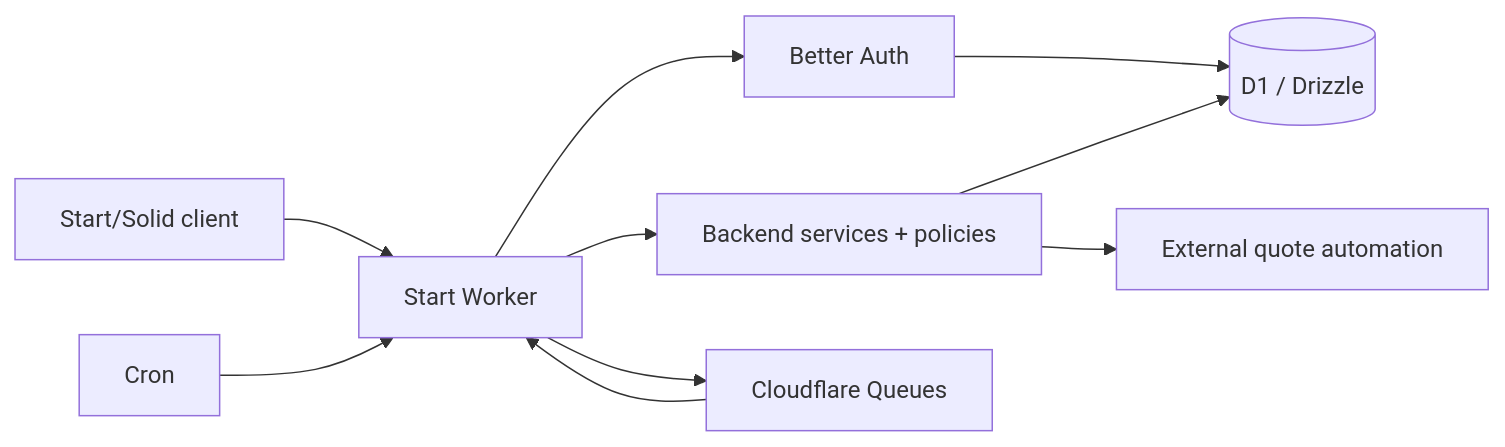
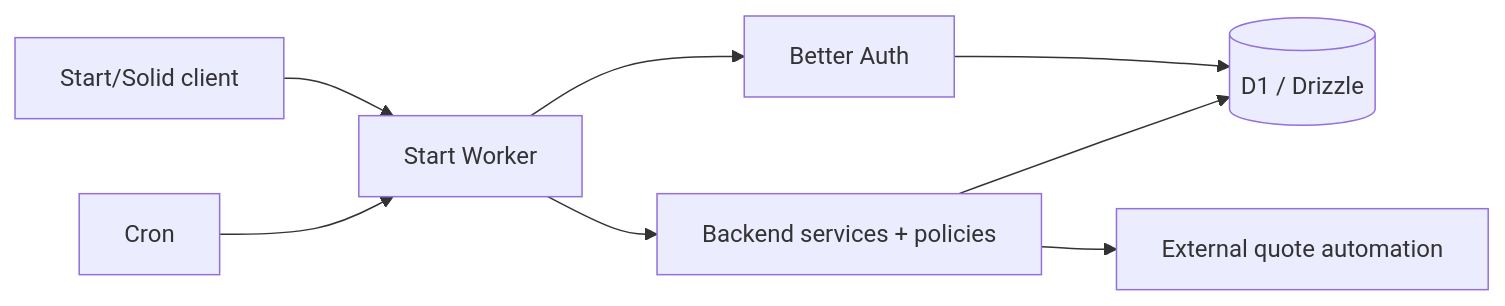
Before and after one commit to voltcrash/caret: the diagram in docs/ARCHITECTURE.md, drawn with Mermaid. The commit also changed other lines of this file, not shown here.

Commit message:
docs(architecture): remove notification delivery infrastructure

````diff
--- a/docs/ARCHITECTURE.md
+++ b/docs/ARCHITECTURE.md
@@ -82,12 +81,10 @@
 ```mermaid
 flowchart LR
   Browser[Start/Solid client] --> Worker[Start Worker]
   Worker --> Services[Backend services + policies]
   Worker --> Auth[Better Auth]
   Auth --> D1[(D1 / Drizzle)]
   Services --> D1
   Cron[Cron] --> Worker
-  Worker --> Queues[Cloudflare Queues]
-  Queues --> Worker
   Services --> Bridge[External quote automation]
 ```
````
